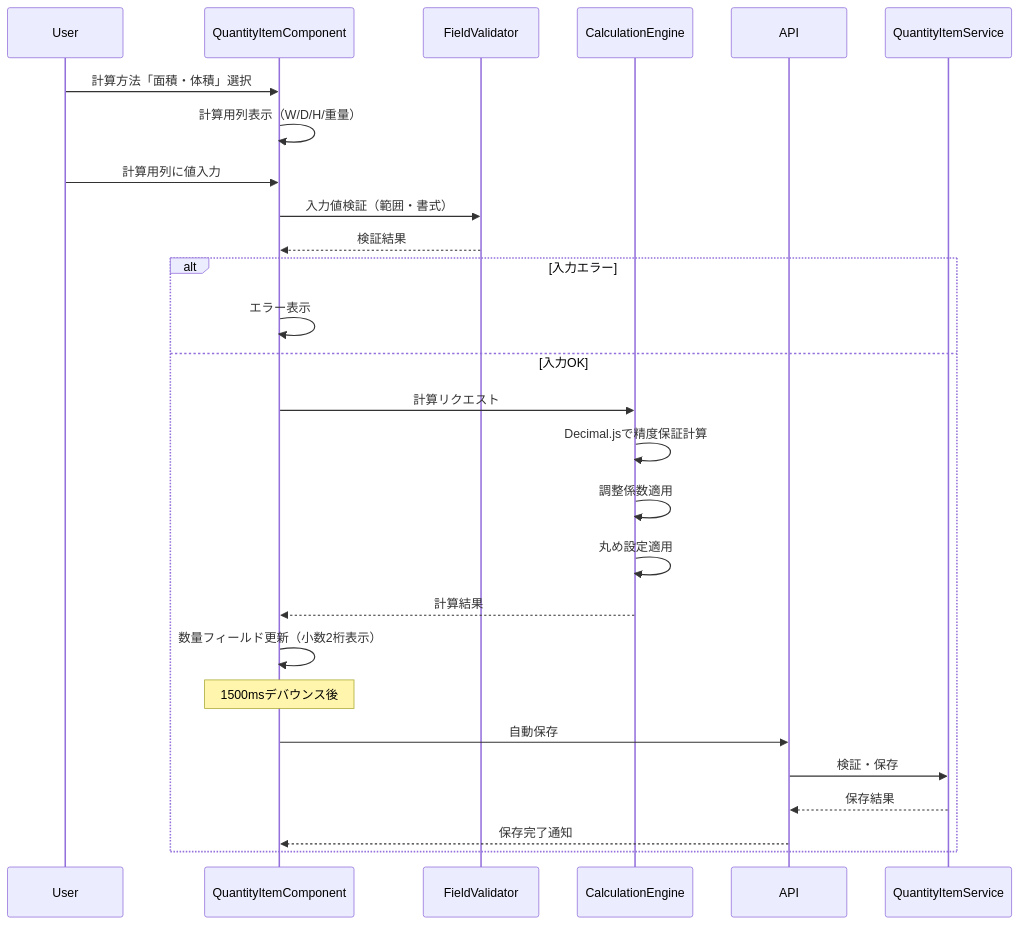
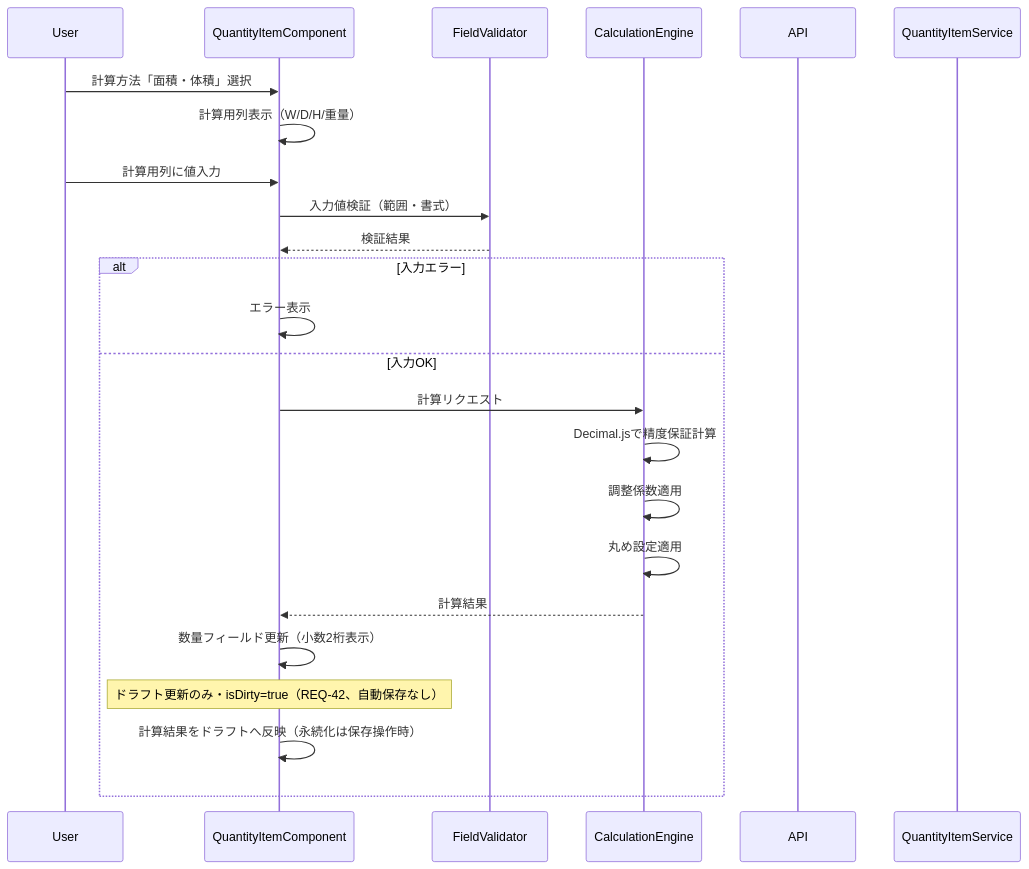
One commit to inakanou/ArchiTrack changed the second of 11 diagrams in .kiro/specs/quantity-table-generation/design.md. Above: the diagram before and after it, drawn with Mermaid. The commit also changed other lines of this file and 2 other files, not shown here.

First line of the commit message:
docs(quantity-table-generation): design client-side edit model and sticky header

````diff
--- a/.kiro/specs/quantity-table-generation/design.md
+++ b/.kiro/specs/quantity-table-generation/design.md
@@ -185,30 +192,27 @@
 ```mermaid
 sequenceDiagram
     participant User
     participant QuantityItemComponent
     participant FieldValidator
     participant CalculationEngine
     participant API
     participant QuantityItemService
 
     User->>QuantityItemComponent: 計算方法「面積・体積」選択
     QuantityItemComponent->>QuantityItemComponent: 計算用列表示（W/D/H/重量）
     User->>QuantityItemComponent: 計算用列に値入力
     QuantityItemComponent->>FieldValidator: 入力値検証（範囲・書式）
     FieldValidator-->>QuantityItemComponent: 検証結果
     alt 入力エラー
         QuantityItemComponent->>QuantityItemComponent: エラー表示
     else 入力OK
         QuantityItemComponent->>CalculationEngine: 計算リクエスト
         CalculationEngine->>CalculationEngine: Decimal.jsで精度保証計算
         CalculationEngine->>CalculationEngine: 調整係数適用
         CalculationEngine->>CalculationEngine: 丸め設定適用
         CalculationEngine-->>QuantityItemComponent: 計算結果
         QuantityItemComponent->>QuantityItemComponent: 数量フィールド更新（小数2桁表示）
-        Note over QuantityItemComponent: 1500msデバウンス後
-        QuantityItemComponent->>API: 自動保存
-        API->>QuantityItemService: 検証・保存
-        QuantityItemService-->>API: 保存結果
-        API-->>QuantityItemComponent: 保存完了通知
+        Note over QuantityItemComponent: ドラフト更新のみ・isDirty=true（REQ-42、自動保存なし）
+        QuantityItemComponent->>QuantityItemComponent: 計算結果をドラフトへ反映（永続化は保存操作時）
     end
 ```
````
